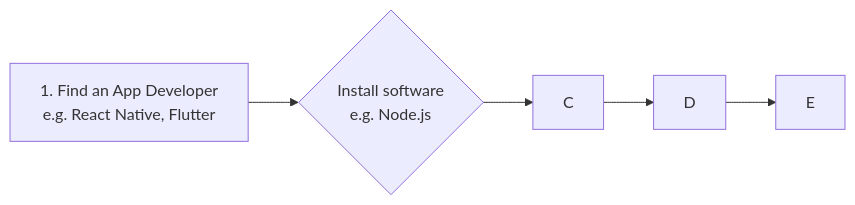
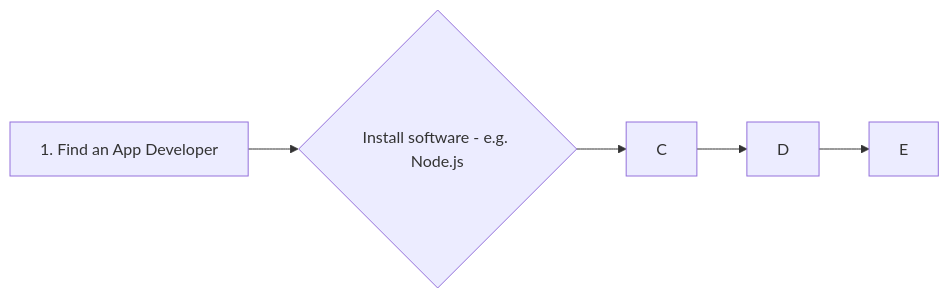
One commit to hmelner/MeshtasticNetworkGuide changed the diagram in CommsAppBuilding&EASGuide.md. Above: the diagram before and after it, drawn with Mermaid. The commit also changed other lines of this file, not shown here.

````diff
--- a/CommsAppBuilding&EASGuide.md
+++ b/CommsAppBuilding&EASGuide.md
@@ -3,7 +3,7 @@
 ```mermaid
   graph LR
-  A["1. Find an App Developer \n e.g. React Native, Flutter"] --> B{"Install software \n e.g. Node.js"}
+  A["1. Find an App Developer"] --> B{"Install software - e.g. Node.js"}
   B-->C
   C-->D
   D-->E
 ```
````
